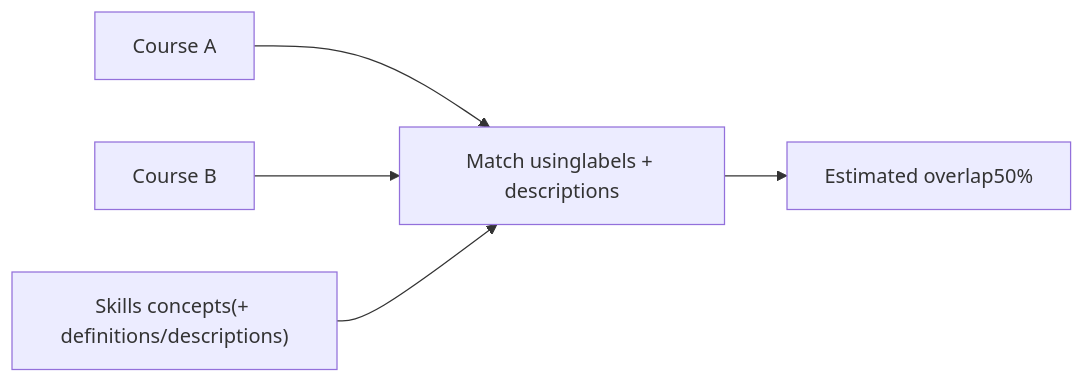
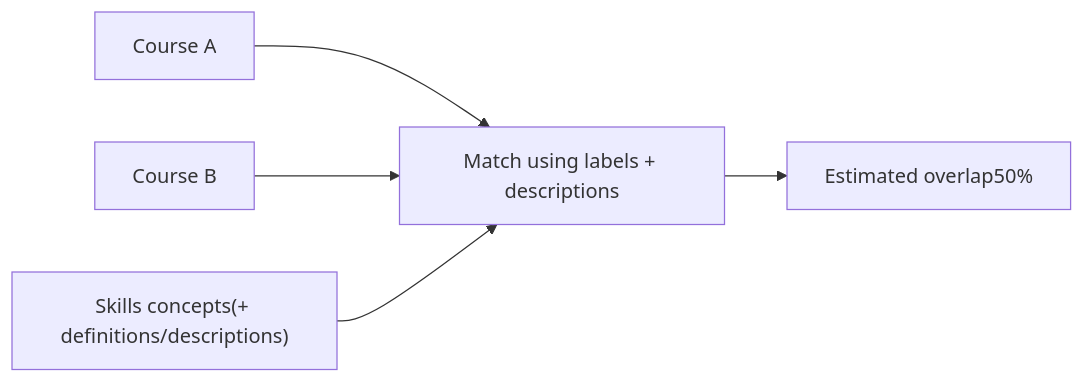
Diagram 14 of 18 in reports/creditTransfer.md (leskneebone/skills-SPARQL), drawn with Mermaid before and after one commit. The commit also changed other lines of this file, not shown here.

````diff
--- a/reports/creditTransfer.md
+++ b/reports/creditTransfer.md
@@ -148,7 +148,7 @@
 ```mermaid
 flowchart LR
-  A["Course A"] --> M["Match usinglabels + descriptions"]
+  A["Course A"] --> M["Match using labels + descriptions"]
   B["Course B"] --> M
   S["Skills concepts(+ definitions/descriptions)"] --> M
   M --> O["Estimated overlap50%"]
 ```
````
